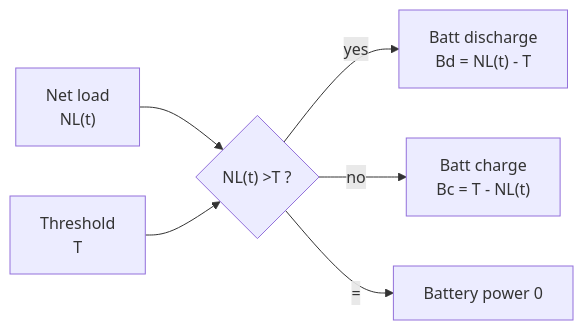
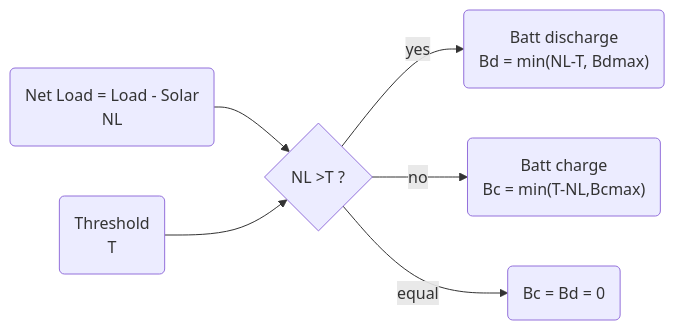
Before and after one commit to woodjmichael/Bifacial-solar-and-peakshaving: the second of 3 diagrams in Paper/bifacial_peak_shaving_paper.md, drawn with Mermaid. The commit also changed other lines of this file, not shown here.

Commit message:
diagrams and text

````diff
--- a/Paper/bifacial_peak_shaving_paper.md
+++ b/Paper/bifacial_peak_shaving_paper.md
@@ -121,9 +148,10 @@
 ```mermaid
+%%{init: {'flowchart' : {'curve' : 'basis'}}}%%
 graph LR
-NetLoad["Net load <br> NL(t)"] --> D{"NL(t) >T ?"}
-Threshold["Threshold<br>T"] --> D
-D -->|"yes"| Bd["Batt discharge<br>Bd = NL(t) - T"]
-D -->|"no"| Bc["Batt charge<br>Bc = T - NL(t)"]
-D -->|"="| B["Battery power 0"]
-
+NL("Net Load = Load - Solar <br> NL")
+NL --> D{"NL >T ?"}
+T("Threshold<br>T") --> D
+D -->|yes| Bd("Batt discharge<br>Bd = min(NL-T, Bdmax)")
+D -->|no| Bc("Batt charge<br>Bc = min(T-NL,Bcmax)")
+D -->|equal| B("Bc = Bd = 0")
 ```
````
